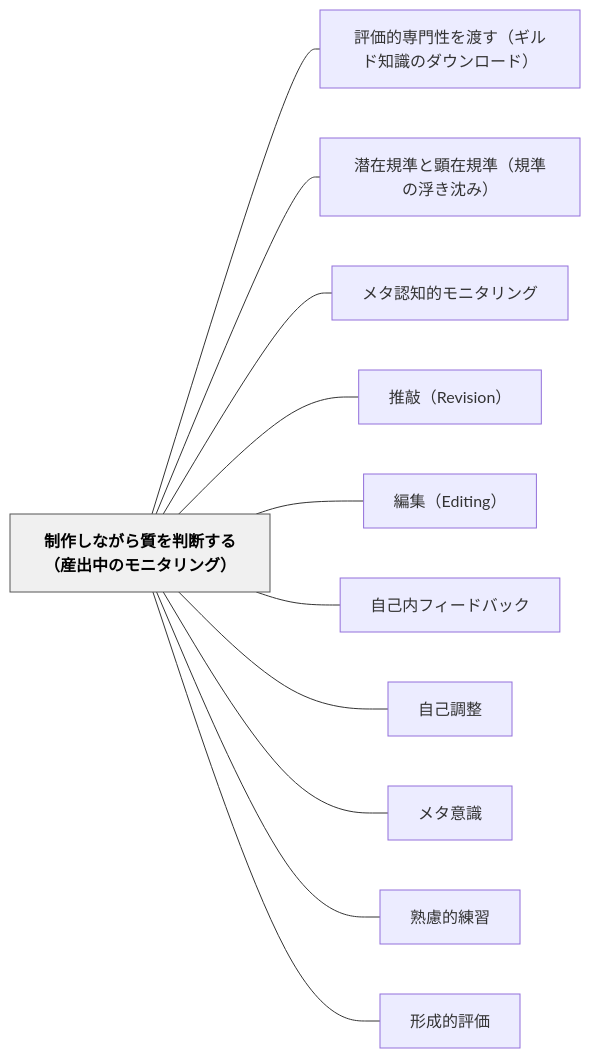
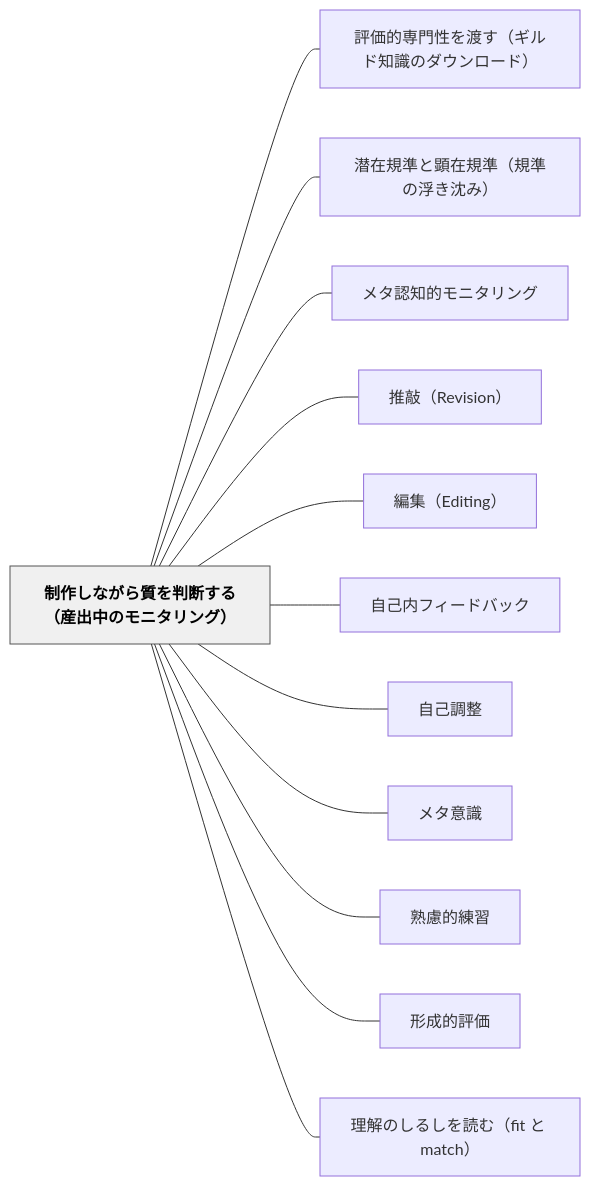
Before and after one commit to unknownthings-ed-patterns/unknownthings-ed-patterns: the diagram in content/パタン/制作しながら質を判断する（産出中のモニタリング）.md, drawn with Mermaid. The commit also changed other lines of this file and 26 other files, not shown here.

````diff
--- a/content/パタン/制作しながら質を判断する（産出中のモニタリング）.md
+++ b/content/パタン/制作しながら質を判断する（産出中のモニタリング）.md
@@ -125,28 +126,30 @@
 ```mermaid
 flowchart LR
     ne588b6e4bd9ce38197e381aae3818ce38289e8b3aae38292e588a4e696ade38199e3828befbc88e794a3e587bae4b8ade381aee383a2e3838be382bfe383aae383b3e382b0efbc89["制作しながら質を判断する（産出中のモニタリング）"]
     ne8a995e4bea1e79a84e5b082e99680e680a7e38292e6b8a1e38199efbc88e382aee383abe38389e79fa5e8ad98e381aee38380e382a6e383b3e383ade383bce38389efbc89["評価的専門性を渡す（ギルド知識のダウンロード）"]
     ne6bd9ce59ca8e8a68fe6ba96e381a8e9a195e59ca8e8a68fe6ba96efbc88e8a68fe6ba96e381aee6b5aee3818de6b288e381bfefbc89["潜在規準と顕在規準（規準の浮き沈み）"]
     ne383a1e382bfe8aa8de79fa5e79a84e383a2e3838be382bfe383aae383b3e382b0["メタ認知的モニタリング"]
     ne68ea8e695b2efbc885265766973696f6eefbc89["推敲（Revision）"]
     ne7b7a8e99b86efbc8845646974696e67efbc89["編集（Editing）"]
     ne887aae5b7b1e58685e38395e382a3e383bce38389e38390e38383e382af["自己内フィードバック"]
     ne887aae5b7b1e8aabfe695b4["自己調整"]
     ne383a1e382bfe6848fe8ad98["メタ意識"]
     ne7869fe685aee79a84e7b7b4e7bf92["熟慮的練習"]
     ne5bda2e68890e79a84e8a995e4bea1["形成的評価"]
+    ne79086e8a7a3e381aee38197e3828be38197e38292e8aaade38280efbc8866697420e381a8206d61746368efbc89["理解のしるしを読む（fit と match）"]
 
     ne588b6e4bd9ce38197e381aae3818ce38289e8b3aae38292e588a4e696ade38199e3828befbc88e794a3e587bae4b8ade381aee383a2e3838be382bfe383aae383b3e382b0efbc89 --- ne8a995e4bea1e79a84e5b082e99680e680a7e38292e6b8a1e38199efbc88e382aee383abe38389e79fa5e8ad98e381aee38380e382a6e383b3e383ade383bce38389efbc89
     ne588b6e4bd9ce38197e381aae3818ce38289e8b3aae38292e588a4e696ade38199e3828befbc88e794a3e587bae4b8ade381aee383a2e3838be382bfe383aae383b3e382b0efbc89 --- ne6bd9ce59ca8e8a68fe6ba96e381a8e9a195e59ca8e8a68fe6ba96efbc88e8a68fe6ba96e381aee6b5aee3818de6b288e381bfefbc89
     ne588b6e4bd9ce38197e381aae3818ce38289e8b3aae38292e588a4e696ade38199e3828befbc88e794a3e587bae4b8ade381aee383a2e3838be382bfe383aae383b3e382b0efbc89 --- ne383a1e382bfe8aa8de79fa5e79a84e383a2e3838be382bfe383aae383b3e382b0
     ne588b6e4bd9ce38197e381aae3818ce38289e8b3aae38292e588a4e696ade38199e3828befbc88e794a3e587bae4b8ade381aee383a2e3838be382bfe383aae383b3e382b0efbc89 --- ne68ea8e695b2efbc885265766973696f6eefbc89
     ne588b6e4bd9ce38197e381aae3818ce38289e8b3aae38292e588a4e696ade38199e3828befbc88e794a3e587bae4b8ade381aee383a2e3838be382bfe383aae383b3e382b0efbc89 --- ne7b7a8e99b86efbc8845646974696e67efbc89
     ne588b6e4bd9ce38197e381aae3818ce38289e8b3aae38292e588a4e696ade38199e3828befbc88e794a3e587bae4b8ade381aee383a2e3838be382bfe383aae383b3e382b0efbc89 --- ne887aae5b7b1e58685e38395e382a3e383bce38389e38390e38383e382af
     ne588b6e4bd9ce38197e381aae3818ce38289e8b3aae38292e588a4e696ade38199e3828befbc88e794a3e587bae4b8ade381aee383a2e3838be382bfe383aae383b3e382b0efbc89 --- ne887aae5b7b1e8aabfe695b4
     ne588b6e4bd9ce38197e381aae3818ce38289e8b3aae38292e588a4e696ade38199e3828befbc88e794a3e587bae4b8ade381aee383a2e3838be382bfe383aae383b3e382b0efbc89 --- ne383a1e382bfe6848fe8ad98
     ne588b6e4bd9ce38197e381aae3818ce38289e8b3aae38292e588a4e696ade38199e3828befbc88e794a3e587bae4b8ade381aee383a2e3838be382bfe383aae383b3e382b0efbc89 --- ne7869fe685aee79a84e7b7b4e7bf92
     ne588b6e4bd9ce38197e381aae3818ce38289e8b3aae38292e588a4e696ade38199e3828befbc88e794a3e587bae4b8ade381aee383a2e3838be382bfe383aae383b3e382b0efbc89 --- ne5bda2e68890e79a84e8a995e4bea1
+    ne588b6e4bd9ce38197e381aae3818ce38289e8b3aae38292e588a4e696ade38199e3828befbc88e794a3e587bae4b8ade381aee383a2e3838be382bfe383aae383b3e382b0efbc89 --- ne79086e8a7a3e381aee38197e3828be38197e38292e8aaade38280efbc8866697420e381a8206d61746368efbc89
 
     classDef hub fill:#f0f0f0,stroke:#555,color:#000,font-weight:bold
     class ne588b6e4bd9ce38197e381aae3818ce38289e8b3aae38292e588a4e696ade38199e3828befbc88e794a3e587bae4b8ade381aee383a2e3838be382bfe383aae383b3e382b0efbc89 hub
 ```
````
